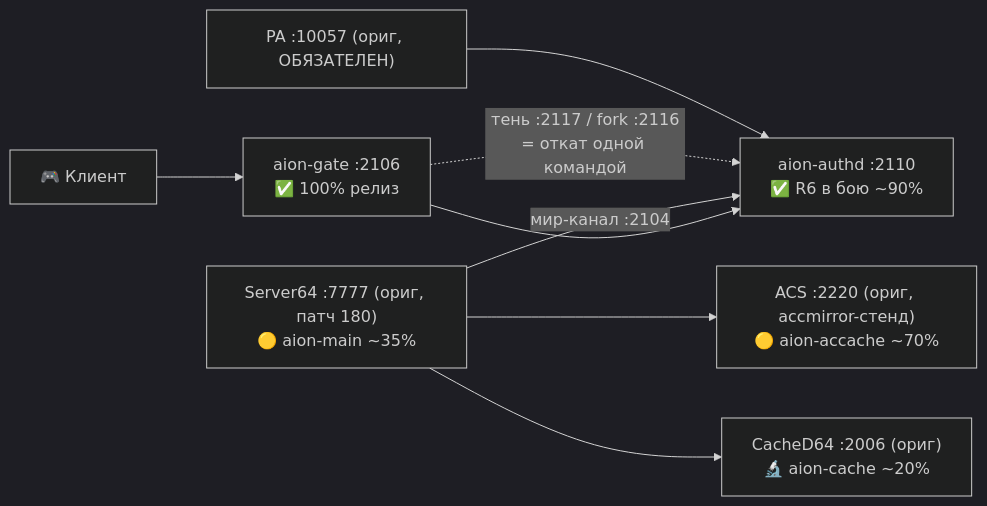
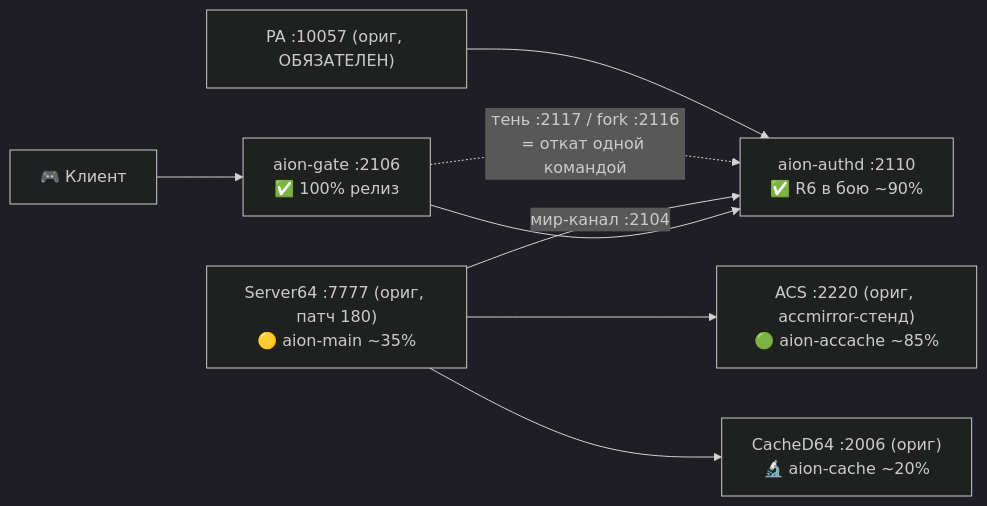
The first of 2 diagrams in nextgen/README.md (stelgen/AION-7.7-EUR-SERVER), drawn with Mermaid (dark theme) before and after one commit. The commit also changed other lines of this file and 12 other files, not shown here.

Commit message:
feat(aion-accache): R4 offline CLOSED — replay 16/16 (100%): pushes ACP_13/15/20/28 from capture-20261022, UserInfo (global_user_data), dashboard 22.10 (TRACK B ~63%)

````diff
--- a/nextgen/README.md
+++ b/nextgen/README.md
@@ -62,10 +62,10 @@
 ```mermaid
 flowchart LR
   C["🎮 Клиент"] --> G["aion-gate :2106<br/>✅ 100% релиз"]
   G --> A["aion-authd :2110<br/>✅ R6 в бою ~90%"]
   W["Server64 :7777 (ориг, патч 180)<br/>🟡 aion-main ~35%"] -->|"мир-канал :2104"| A
-  W --> ACS["ACS :2220 (ориг, accmirror-стенд)<br/>🟡 aion-accache ~70%"]
+  W --> ACS["ACS :2220 (ориг, accmirror-стенд)<br/>🟢 aion-accache ~85%"]
   W --> CD["CacheD64 :2006 (ориг)<br/>🔬 aion-cache ~20%"]
   G -. "тень :2117 / fork :2116<br/>= откат одной командой" .-> A
   PA["PA :10057 (ориг, ОБЯЗАТЕЛЕН)"] --> A
 ```
````
